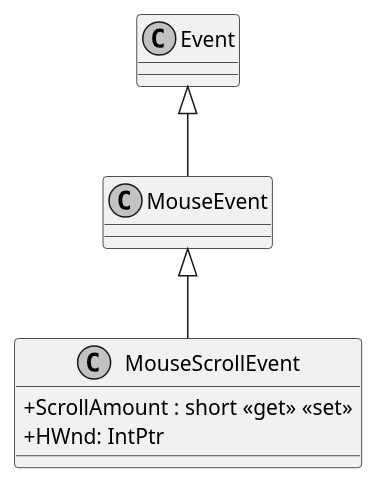
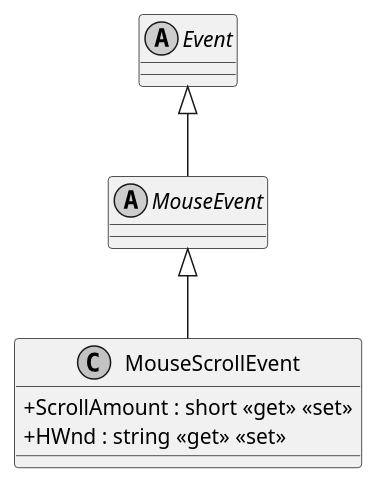
The diagram in documents/sd/plantuml/application/Modules/Mouse/Events/MouseScrollEvent.puml (insightmind/MORR), drawn with PlantUML before and after one commit. The commit also changed 10 other files, not shown here.

```diff
--- a/documents/sd/plantuml/application/Modules/Mouse/Events/MouseScrollEvent.puml
+++ b/documents/sd/plantuml/application/Modules/Mouse/Events/MouseScrollEvent.puml
@@ -1,11 +1,13 @@
 @startuml
 skinparam monochrome true
 skinparam classAttributeIconSize 0
 
 class MouseScrollEvent {
     + ScrollAmount : short <<get>> <<set>>
-    + HWnd: IntPtr
+    + HWnd : string <<get>> <<set>>
 }
+abstract class MouseEvent
+abstract class Event
 MouseEvent <|-- MouseScrollEvent
 Event <|-- MouseEvent
 @enduml
```
